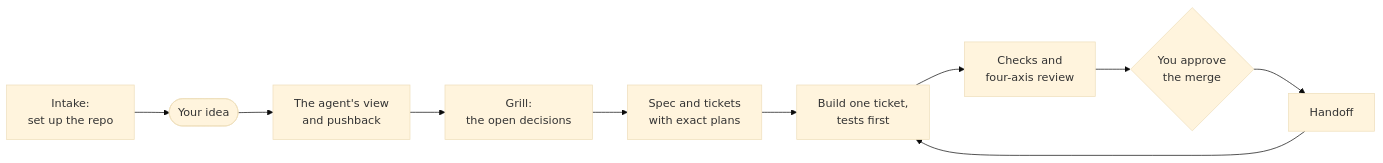
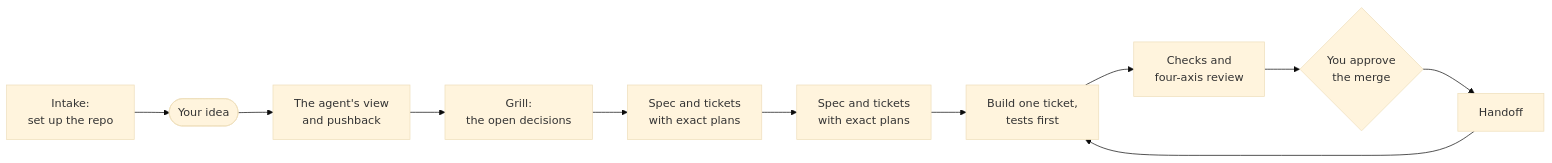
One commit to fbhadha/py-dev changed the first of 3 diagrams in README.md. Above: the diagram before and after it, drawn with Mermaid (base theme).

Commit message:
Update flowchart in README to include ADR

````diff
--- a/README.md
+++ b/README.md
@@ -9,12 +9,13 @@
 ```mermaid
 flowchart LR
     intake[Intake:<br/>set up the repo] --> idea([Your idea])
     idea --> view[The agent's view<br/>and pushback]
     view --> grill[Grill:<br/>the open decisions]
-    grill --> tickets[Spec and tickets<br/>with exact plans]
+    grill --> ADR[Spec and tickets<br/>with exact plans]
+    ADR --> tickets[Spec and tickets<br/>with exact plans]
     tickets --> build[Build one ticket,<br/>tests first]
     build --> review[Checks and<br/>four-axis review]
     review --> merge{You approve<br/>the merge}
     merge --> handoff[Handoff]
     handoff --> build
 ```
````
